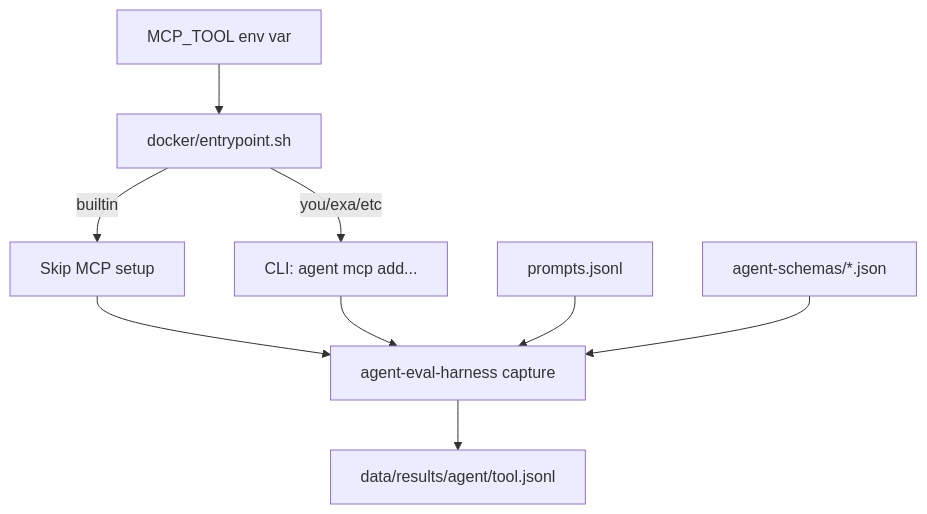
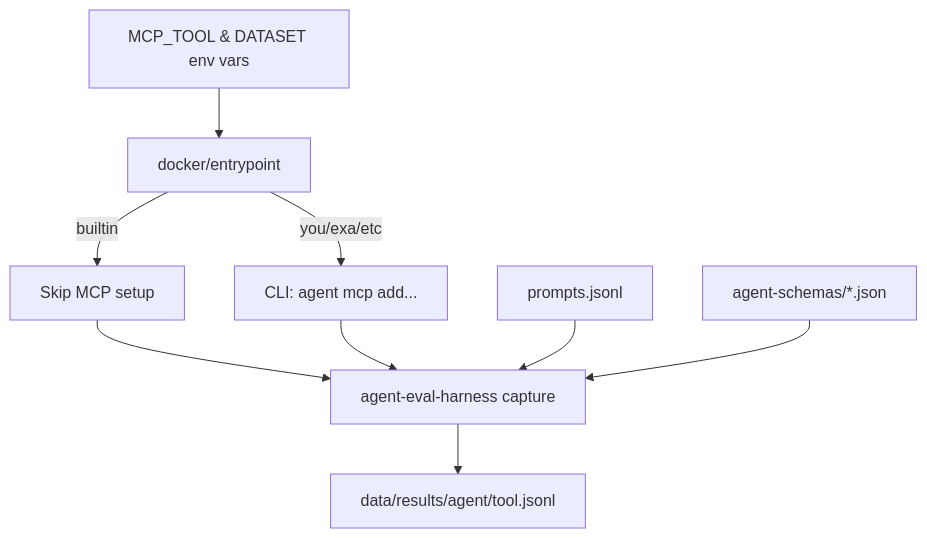
Before and after one commit to youdotcom-oss/web-search-agent-evals: the diagram in README.md, drawn with Mermaid. The commit also changed other lines of this file and 1 other file, not shown here.

First line of the commit message:
docs: update README to use bun commands and current architecture

````diff
--- a/README.md
+++ b/README.md
@@ -17,13 +17,13 @@
 ```mermaid
 flowchart TD
-    Env[MCP_TOOL env var] --> Entrypoint[docker/entrypoint.sh]
+    Env[MCP_TOOL & DATASET env vars] --> Entrypoint[docker/entrypoint]
     Entrypoint -->|builtin| SkipMCP[Skip MCP setup]
     Entrypoint -->|you/exa/etc| ConfigMCP[CLI: agent mcp add...]
 
     SkipMCP --> Harness[agent-eval-harness capture]
     ConfigMCP --> Harness
 
     Prompts[prompts.jsonl] --> Harness
     Schemas[agent-schemas/*.json] --> Harness
     Harness --> Results[data/results/agent/tool.jsonl]
 ```
````
